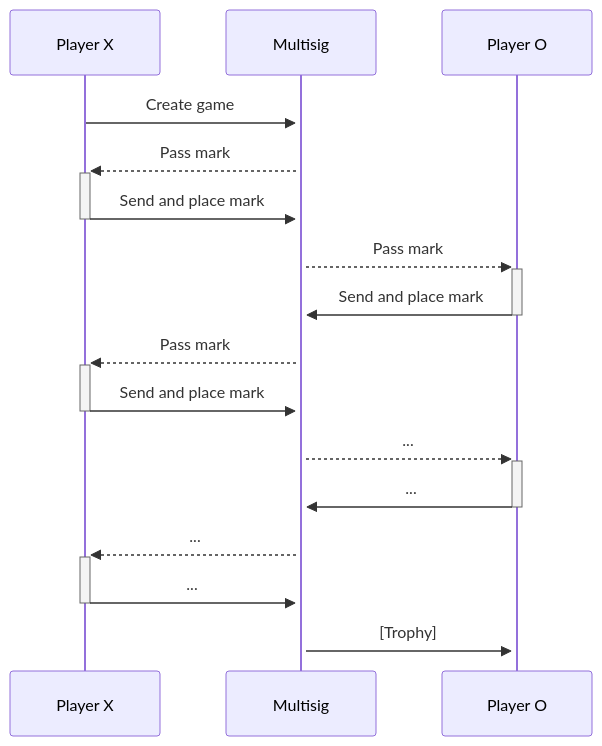
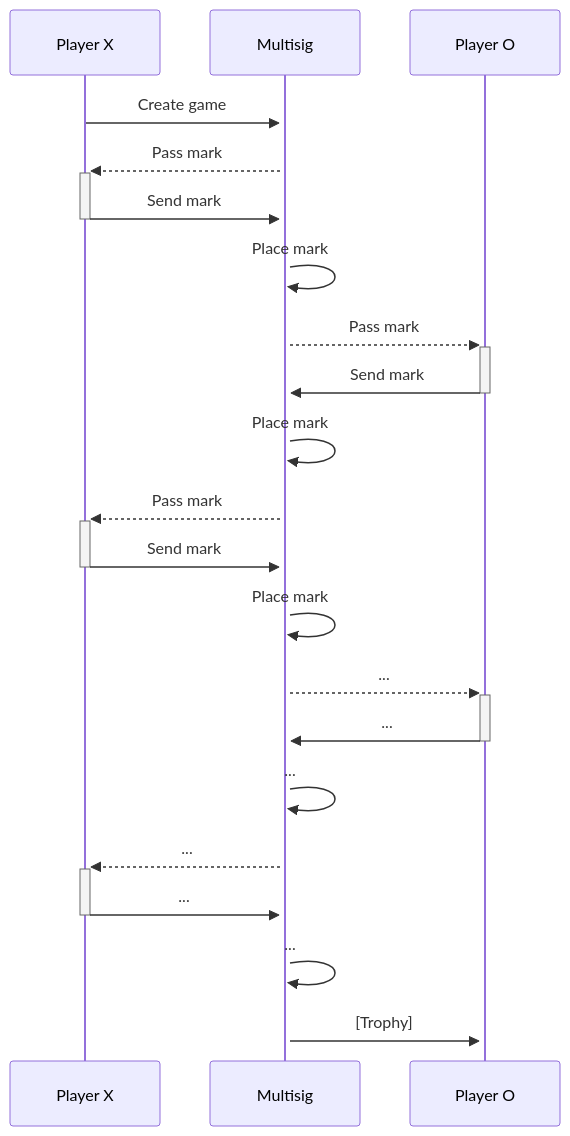
The diagram in README.md (MystenLabs/multisig_tic-tac-toe), drawn with Mermaid before and after one commit.

````diff
--- a/README.md
+++ b/README.md
@@ -16,15 +16,20 @@
 ```mermaid
 sequenceDiagram
     Player X->>+Multisig: Create game
     Multisig-->>+Player X: Pass mark
-    Player X->>-Multisig: Send and place mark
+    Player X->>-Multisig: Send mark
+    Multisig->>Multisig: Place mark
     Multisig-->>+Player O: Pass mark
-    Player O->>-Multisig: Send and place mark
+    Player O->>-Multisig: Send mark
+    Multisig->>Multisig: Place mark
     Multisig-->>+Player X: Pass mark
-    Player X->>-Multisig: Send and place mark
+    Player X->>-Multisig: Send mark
+    Multisig->>Multisig: Place mark
     Multisig-->>+Player O: ...
     Player O->>-Multisig: ...
+    Multisig->>Multisig: ...
     Multisig-->>+Player X: ...
     Player X->>-Multisig: ...
+    Multisig->>Multisig: ...
     Multisig->>+Player O: [Trophy]
 ```
````
